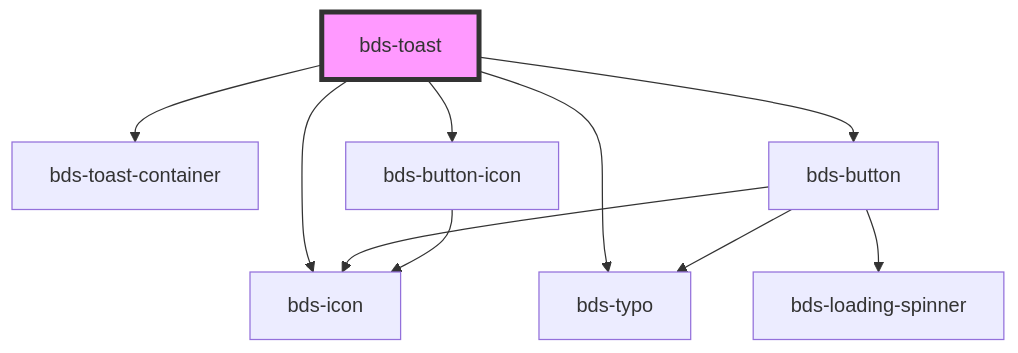
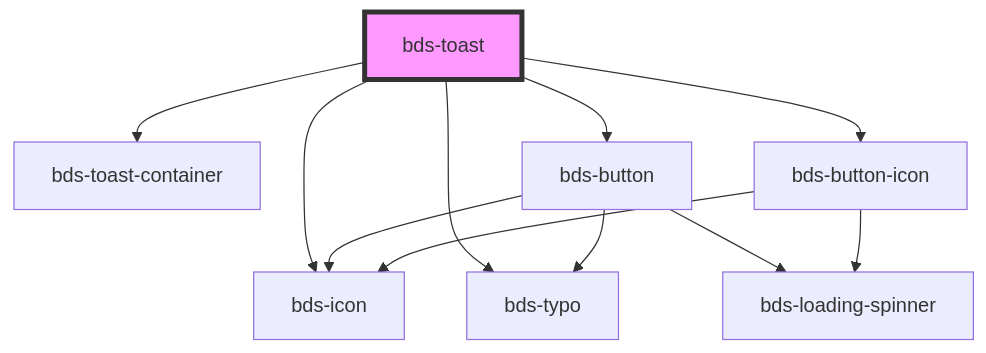
Before and after one commit to takenet/blip-ds: the diagram in src/components/toast/readme.md, drawn with Mermaid. The commit also changed 12 other files, not shown here.

Commit message:
feat(button-icon): ajustments variables colors

````diff
--- a/src/components/toast/readme.md
+++ b/src/components/toast/readme.md
@@ -66,13 +66,14 @@
 ```mermaid
 graph TD;
   bds-toast --> bds-toast-container
   bds-toast --> bds-icon
   bds-toast --> bds-typo
   bds-toast --> bds-button
   bds-toast --> bds-button-icon
   bds-button --> bds-icon
   bds-button --> bds-typo
   bds-button --> bds-loading-spinner
   bds-button-icon --> bds-icon
+  bds-button-icon --> bds-loading-spinner
   style bds-toast fill:#f9f,stroke:#333,stroke-width:4px
 ```
````
